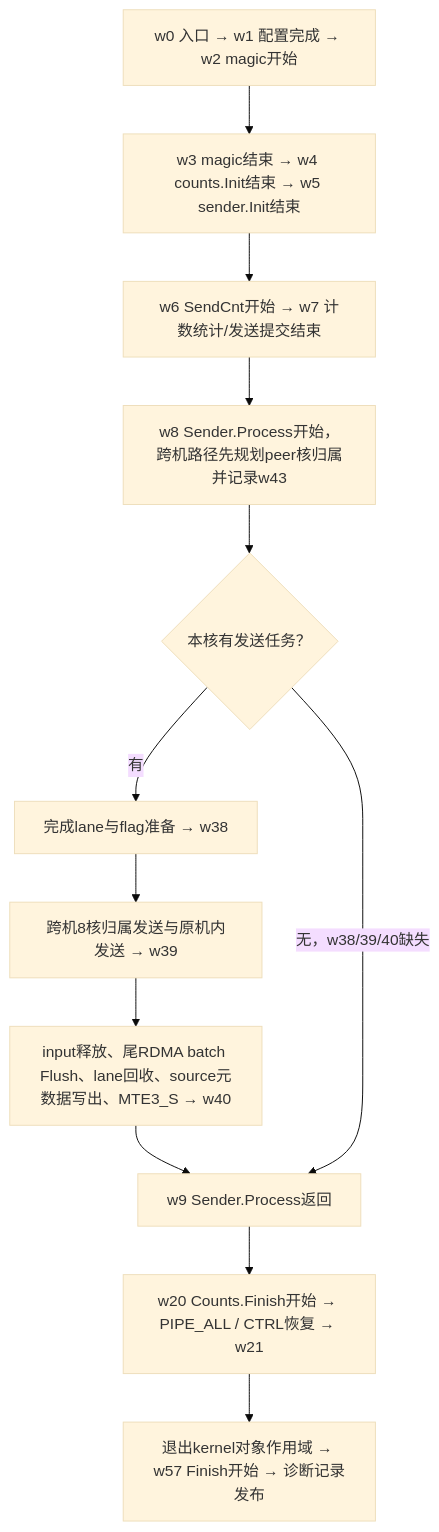
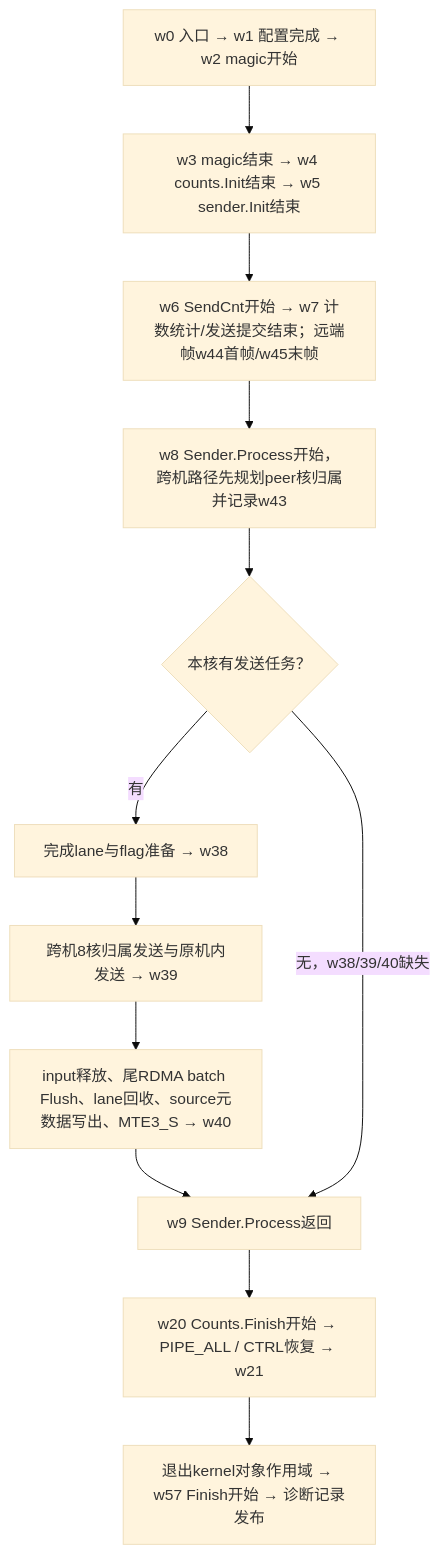
The first of 2 diagrams in tests/ll_rdma/STAGE_TIMELINE.md (lueelu/DeepEP), drawn with Mermaid (base theme) before and after one commit. The commit also changed other lines of this file and 13 other files, not shown here.

````diff
--- a/tests/ll_rdma/STAGE_TIMELINE.md
+++ b/tests/ll_rdma/STAGE_TIMELINE.md
@@ -21,14 +21,14 @@
 ```mermaid
 flowchart TD
   s0["w0 入口 → w1 配置完成 → w2 magic开始"] --> s1["w3 magic结束 → w4 counts.Init结束 → w5 sender.Init结束"]
-  s1 --> s2["w6 SendCnt开始 → w7 计数统计/发送提交结束"]
+  s1 --> s2["w6 SendCnt开始 → w7 计数统计/发送提交结束；远端帧w44首帧/w45末帧"]
   s2 --> s3["w8 Sender.Process开始，跨机路径先规划peer核归属并记录w43"]
   s3 --> empty{"本核有发送任务？"}
   empty -->|有| s4["完成lane与flag准备 → w38"]
   s4 --> s5["跨机8核归属发送与原机内发送 → w39"]
   s5 --> s6["input释放、尾RDMA batch Flush、lane回收、source元数据写出、MTE3_S → w40"]
   s6 --> s7["w9 Sender.Process返回"]
   empty -->|无，w38/39/40缺失| s7
   s7 --> s8["w20 Counts.Finish开始 → PIPE_ALL / CTRL恢复 → w21"]
   s8 --> s9["退出kernel对象作用域 → w57 Finish开始 → 诊断记录发布"]
 ```
````
